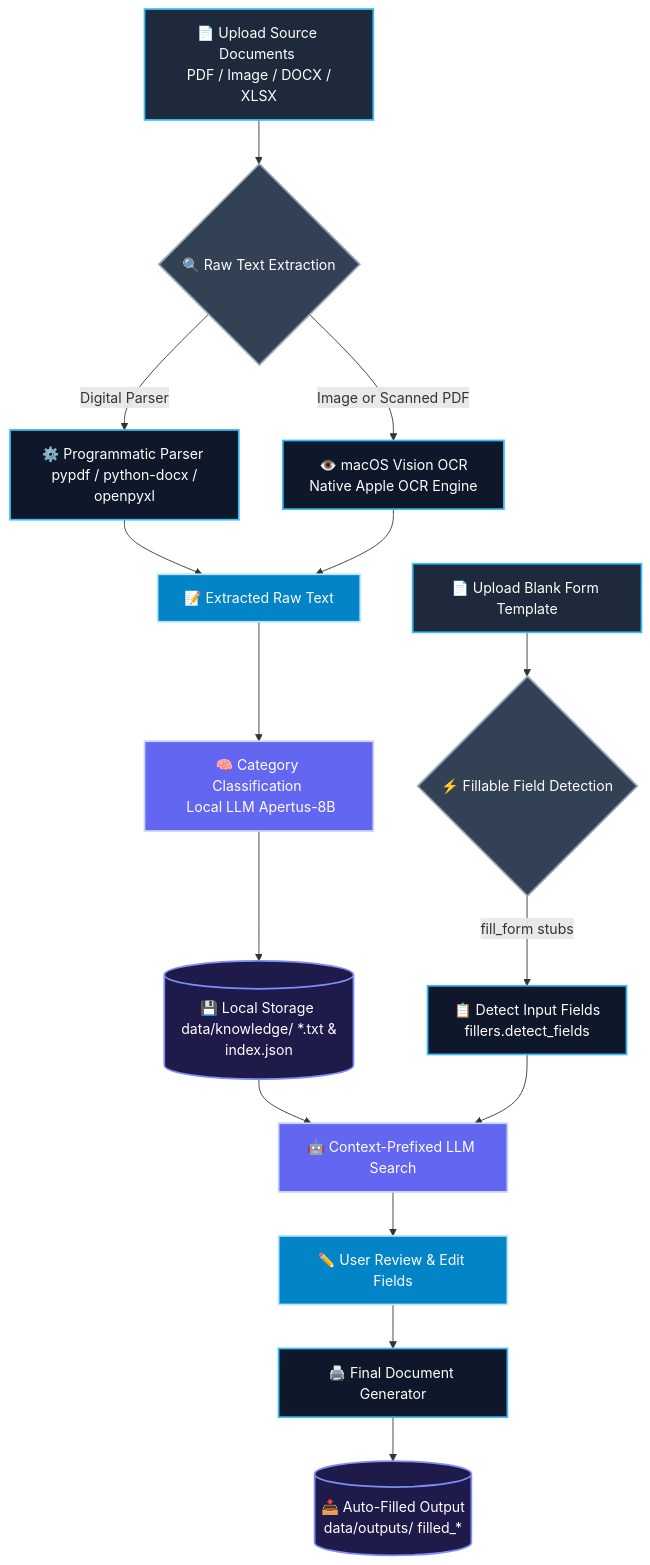
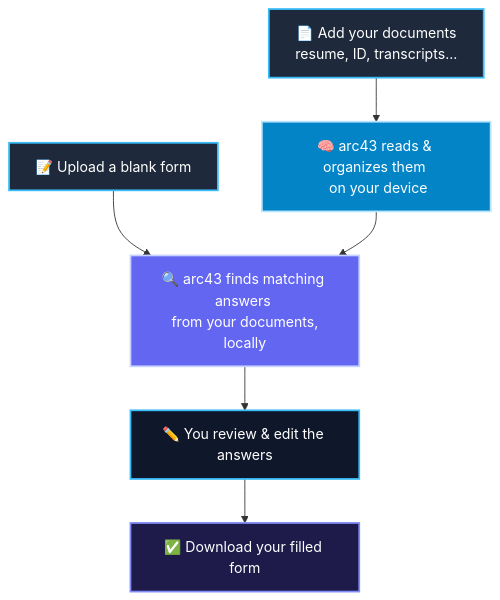
Before and after one commit to VhalennnG/arc43: the diagram in README.md, drawn with Mermaid. The commit also changed other lines of this file, not shown here.

Commit message:
docs: simplify README content and replace detailed Mermaid workflows with a high-level process overview

````diff
--- a/README.md
+++ b/README.md
@@ -99,41 +46,15 @@
 ```mermaid
 flowchart TD
-    %% Node Definitions
-    A[📄 Upload Source Documents <br/> PDF / Image / DOCX / XLSX] --> B{🔍 Raw Text Extraction}
+    A[📄 Add your documents <br/> resume, ID, transcripts...] --> B[🧠 arc43 reads & organizes them <br/> on your device]
+    C[📝 Upload a blank form] --> D[🔍 arc43 finds matching answers <br/> from your documents, locally]
+    B --> D
+    D --> E[✏️ You review & edit the answers]
+    E --> F[✅ Download your filled form]
 
-    %% Format Router Decisions
-    B -->|Digital Parser| C[⚙️ Programmatic Parser <br/> pypdf / python-docx / openpyxl]
-    B -->|Image or Scanned PDF| D[👁️ macOS Vision OCR <br/> Native Apple OCR Engine]
-
-    C --> E[📝 Extracted Raw Text]
-    D --> E
-
-    E --> F[🧠 Category Classification <br/> Local LLM Apertus-8B]
-    F --> G[(💾 Local Storage <br/> data/knowledge/ *.txt & index.json)]
-
-    %% Tab 2 Pipeline
-    H[📄 Upload Blank Form Template] --> I{⚡ Fillable Field Detection}
-    I -->| fill_form stubs | J[📋 Detect Input Fields <br/> fillers.detect_fields]
-
-    G --> K[🤖 Context-Prefixed LLM Search]
-    J --> K
-    K --> L[✏️ User Review & Edit Fields]
-    L --> M[🖨️ Final Document Generator]
-    M --> N[(📥 Auto-Filled Output <br/> data/outputs/ filled_*)]
-
-    %% Styling
     style A fill:#1e293b,stroke:#38bdf8,stroke-width:2px,color:#fff
-    style B fill:#334155,stroke:#94a3b8,stroke-width:2px,color:#fff
-    style C fill:#0f172a,stroke:#38bdf8,stroke-width:2px,color:#fff
-    style D fill:#0f172a,stroke:#38bdf8,stroke-width:2px,color:#fff
-    style E fill:#0284c7,stroke:#bae6fd,stroke-width:2px,color:#fff
-    style F fill:#6366f1,stroke:#c7d2fe,stroke-width:2px,color:#fff
-    style G fill:#1e1b4b,stroke:#818cf8,stroke-width:2px,color:#fff
-    style H fill:#1e293b,stroke:#38bdf8,stroke-width:2px,color:#fff
-    style I fill:#334155,stroke:#94a3b8,stroke-width:2px,color:#fff
-    style J fill:#0f172a,stroke:#38bdf8,stroke-width:2px,color:#fff
-    style K fill:#6366f1,stroke:#c7d2fe,stroke-width:2px,color:#fff
-    style L fill:#0284c7,stroke:#bae6fd,stroke-width:2px,color:#fff
-    style M fill:#0f172a,stroke:#38bdf8,stroke-width:2px,color:#fff
-    style N fill:#1e1b4b,stroke:#818cf8,stroke-width:2px,color:#fff
+    style B fill:#0284c7,stroke:#bae6fd,stroke-width:2px,color:#fff
+    style C fill:#1e293b,stroke:#38bdf8,stroke-width:2px,color:#fff
+    style D fill:#6366f1,stroke:#c7d2fe,stroke-width:2px,color:#fff
+    style E fill:#0f172a,stroke:#38bdf8,stroke-width:2px,color:#fff
+    style F fill:#1e1b4b,stroke:#818cf8,stroke-width:2px,color:#fff
 ```
````
